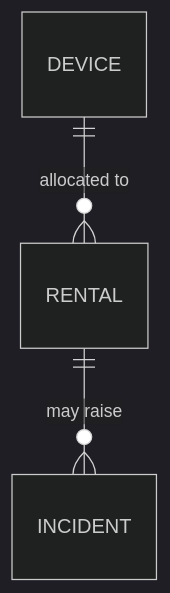
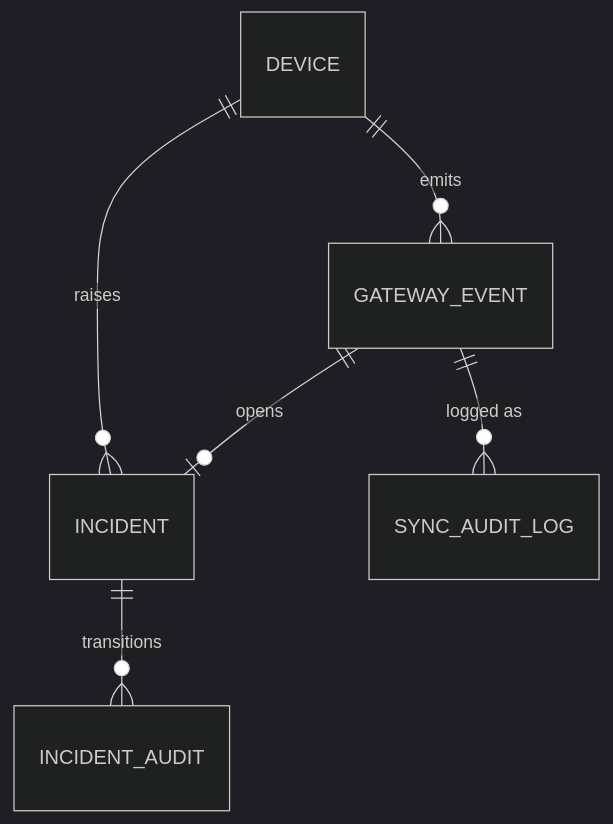
Before and after one commit to TrekLink-Team/treklink-web: the second of 4 diagrams in specs/gateway-sync/design.md, drawn with Mermaid (dark theme). The commit also changed other lines of this file and 6 other files, not shown here.

````diff
--- a/specs/gateway-sync/design.md
+++ b/specs/gateway-sync/design.md
@@ -12,5 +100,8 @@
 ```mermaid
 erDiagram
-    DEVICE ||--o{ RENTAL : "allocated to"
-    RENTAL ||--o{ INCIDENT : "may raise"
+    DEVICE ||--o{ GATEWAY_EVENT : "emits"
+    DEVICE ||--o{ INCIDENT : "raises"
+    GATEWAY_EVENT ||--o| INCIDENT : "opens"
+    GATEWAY_EVENT ||--o{ SYNC_AUDIT_LOG : "logged as"
+    INCIDENT ||--o{ INCIDENT_AUDIT : "transitions"
 ```
````
